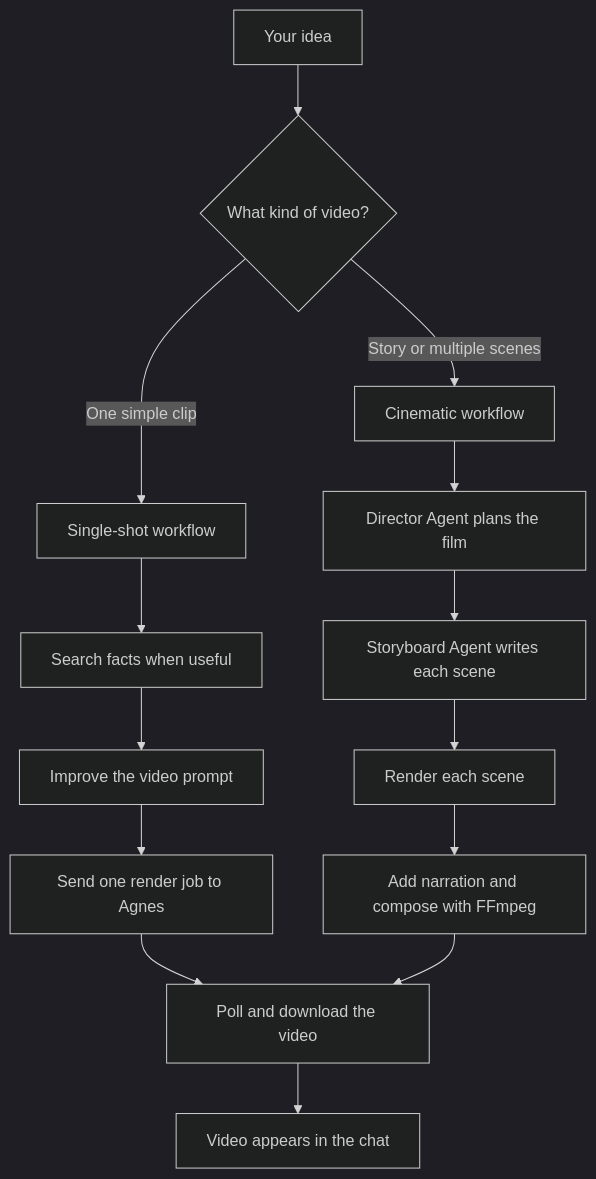
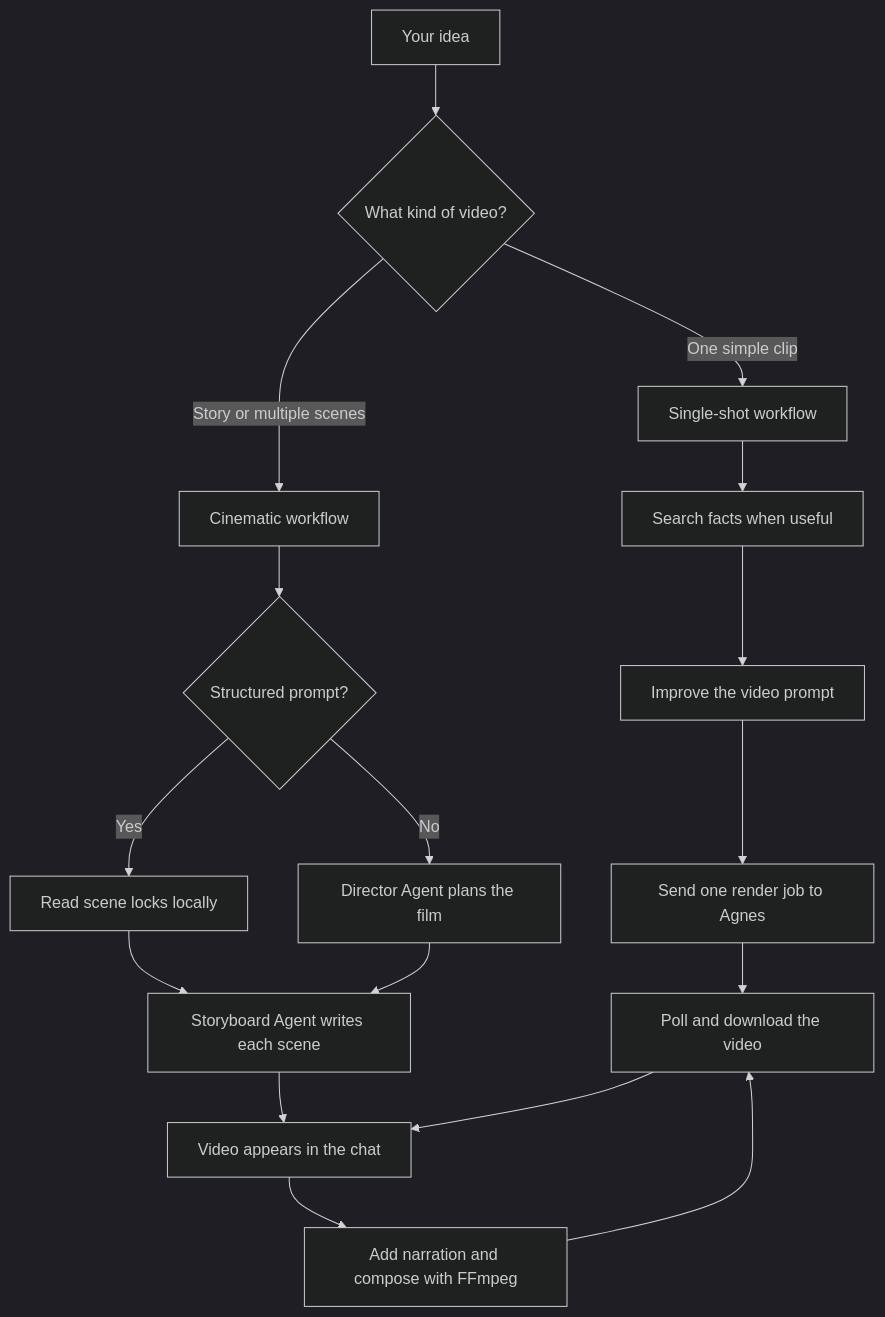
Before and after one commit to Nadjiba-Rahal/video-agent: the first of 3 diagrams in README.md, drawn with Mermaid (dark theme). The commit also changed other lines of this file and 6 other files, not shown here.

````diff
--- a/README.md
+++ b/README.md
@@ -17,16 +17,19 @@
 ```mermaid
 flowchart TD
     A[Your idea] --> B{What kind of video?}
     B -->|One simple clip| C[Single-shot workflow]
     B -->|Story or multiple scenes| D[Cinematic workflow]
     C --> E[Search facts when useful]
     E --> F[Improve the video prompt]
     F --> G[Send one render job to Agnes]
     G --> H[Poll and download the video]
-    D --> I[Director Agent plans the film]
-    I --> J[Storyboard Agent writes each scene]
-    J --> K[Render each scene]
-    K --> L[Add narration and compose with FFmpeg]
-    L --> H
+    D --> I{Structured prompt?}
+    I -->|Yes| J[Read scene locks locally]
+    I -->|No| K[Director Agent plans the film]
+    J --> L[Storyboard Agent writes each scene]
+    K --> L
+    L --> M[Render each scene]
+    M --> N[Add narration and compose with FFmpeg]
+    N --> H
     H --> M[Video appears in the chat]
 ```
````
